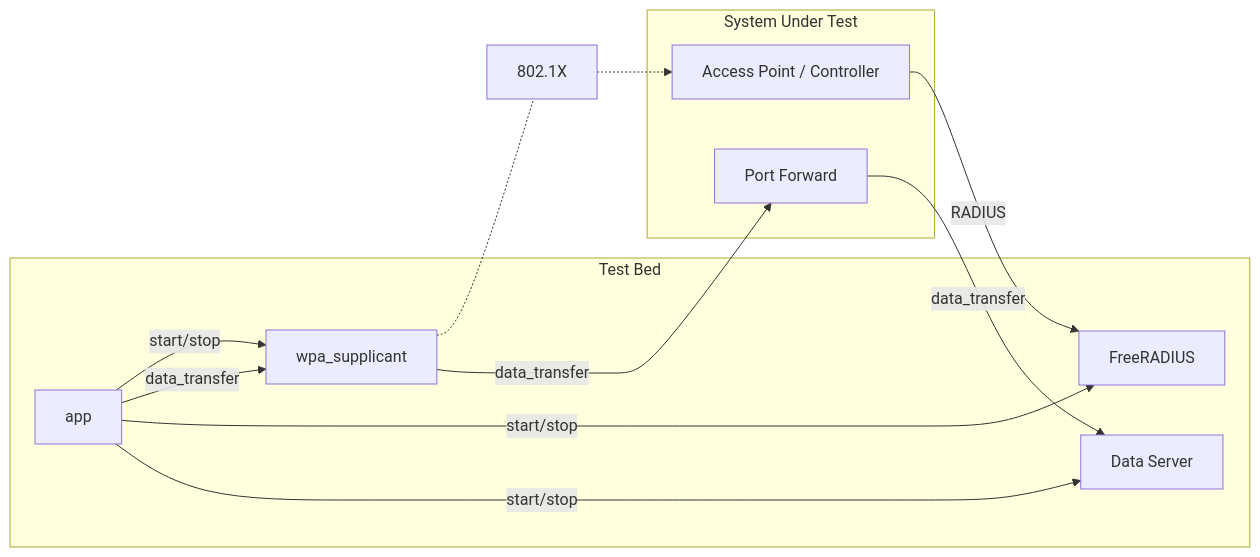
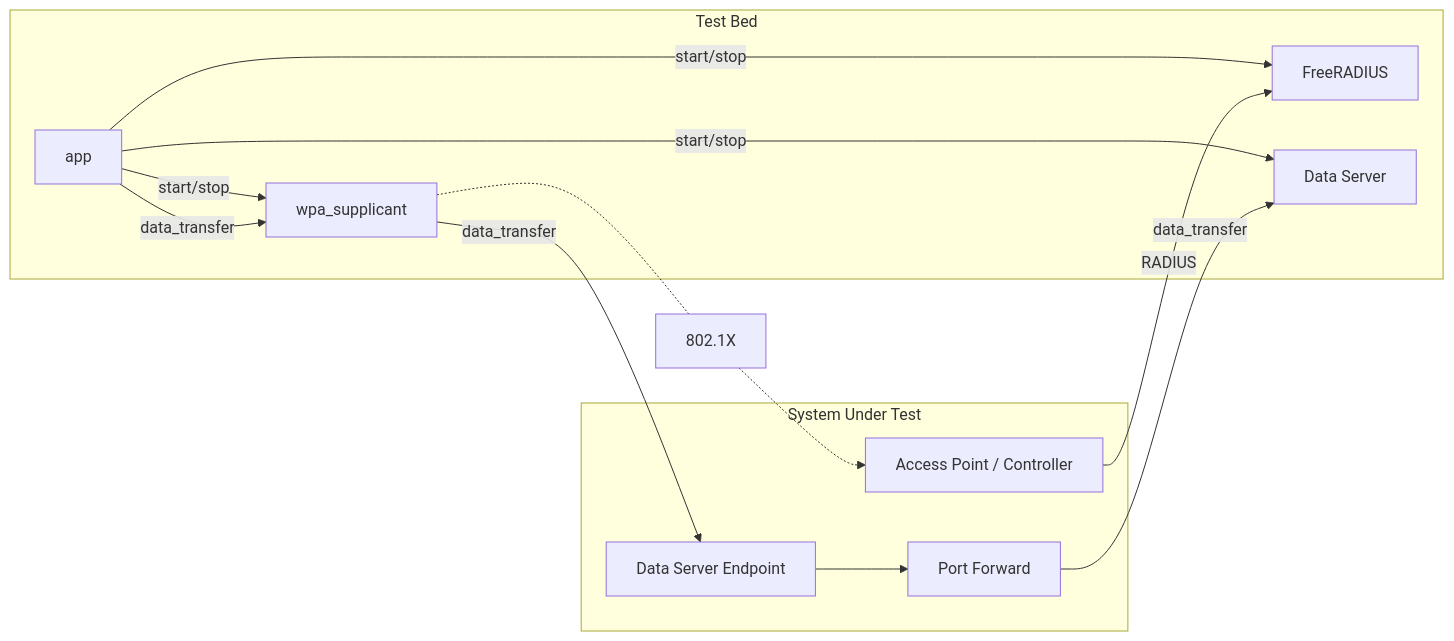
One commit to wireless-broadband-alliance/radius-accounting-testbed changed the diagram in README.md. Above: the diagram before and after it, drawn with Mermaid.

Commit message:
more changes

````diff
--- a/README.md
+++ b/README.md
@@ -105,18 +105,20 @@
 ```mermaid
 flowchart LR
     subgraph testbed [Test Bed]
     app[app]--start/stop-->wpa_supplicant
     app--data_transfer-->wpa_supplicant
     app--start/stop-->FreeRADIUS
     app--start/stop-->DataServer[Data Server]
     end
     subgraph sut [System Under Test]
     ap[Access Point / Controller]
-    Router[Port Forward]
+    dse[Data Server Endpoint]
+    dsepf[Port Forward]
+    dse --> dsepf
     end
     wpa_supplicant-.-802.1X-.->ap
-    wpa_supplicant--data_transfer-->Router
-    Router--data_transfer-->DataServer
+    wpa_supplicant--data_transfer-->dse
+    dsepf--data_transfer-->DataServer
     ap--RADIUS-->FreeRADIUS
 
 ```
````
